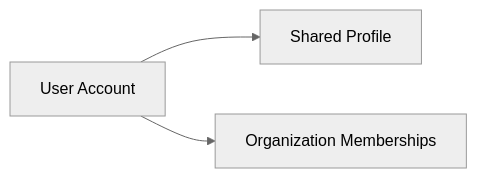
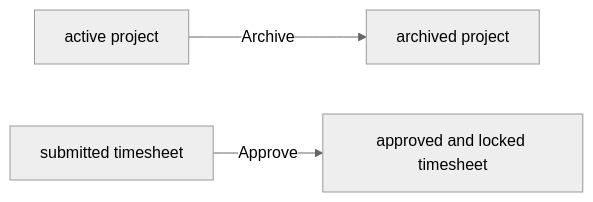
Before and after one commit to wrtnlabs/autobe-examples: the eighth of 19 diagrams in openai/gpt-5.4-mini/erp/docs/analysis/02-domain-model.md, drawn with Mermaid (neutral theme). The commit also changed other lines of this file and 9017 other files, not shown here.

````diff
--- a/openai/gpt-5.4-mini/erp/docs/analysis/02-domain-model.md
+++ b/openai/gpt-5.4-mini/erp/docs/analysis/02-domain-model.md
@@ -139,5 +561,5 @@
 ```mermaid
 flowchart LR
-    A["User Account"] --> B["Shared Profile"]
-    A --> C["Organization Memberships"]
+    A["active project"] -->|"Archive"| B["archived project"]
+    C["submitted timesheet"] -->|"Approve"| D["approved and locked timesheet"]
 ```
````
